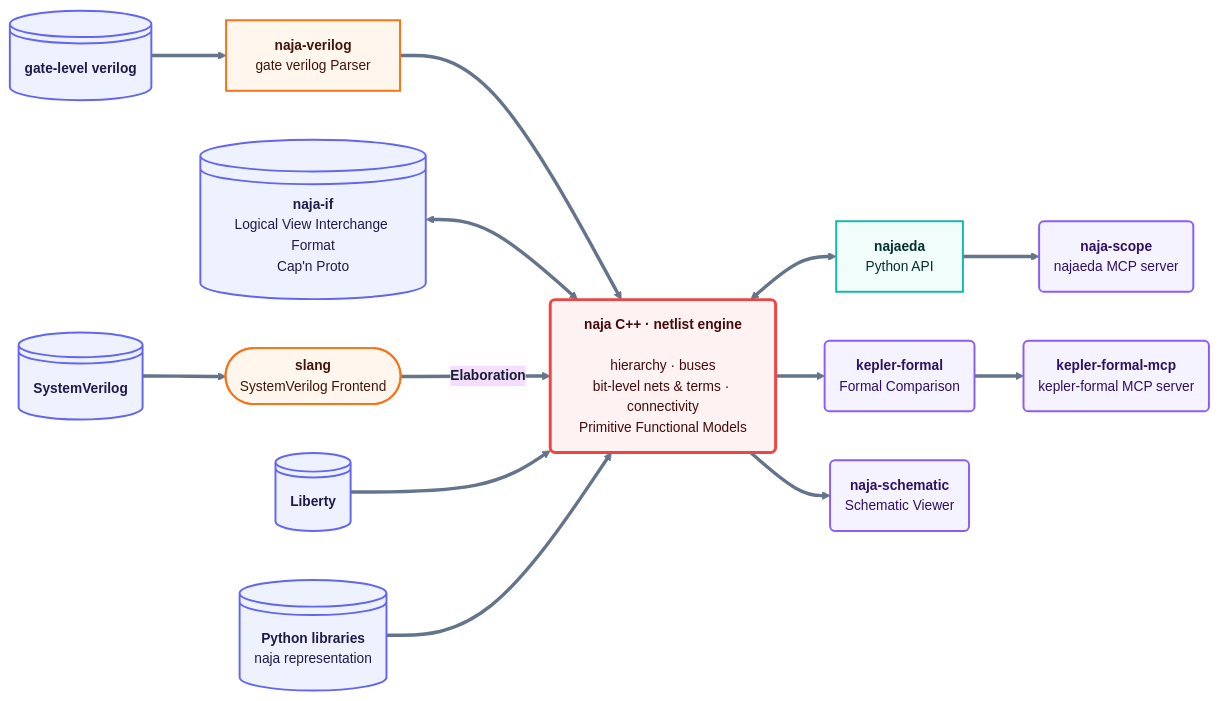
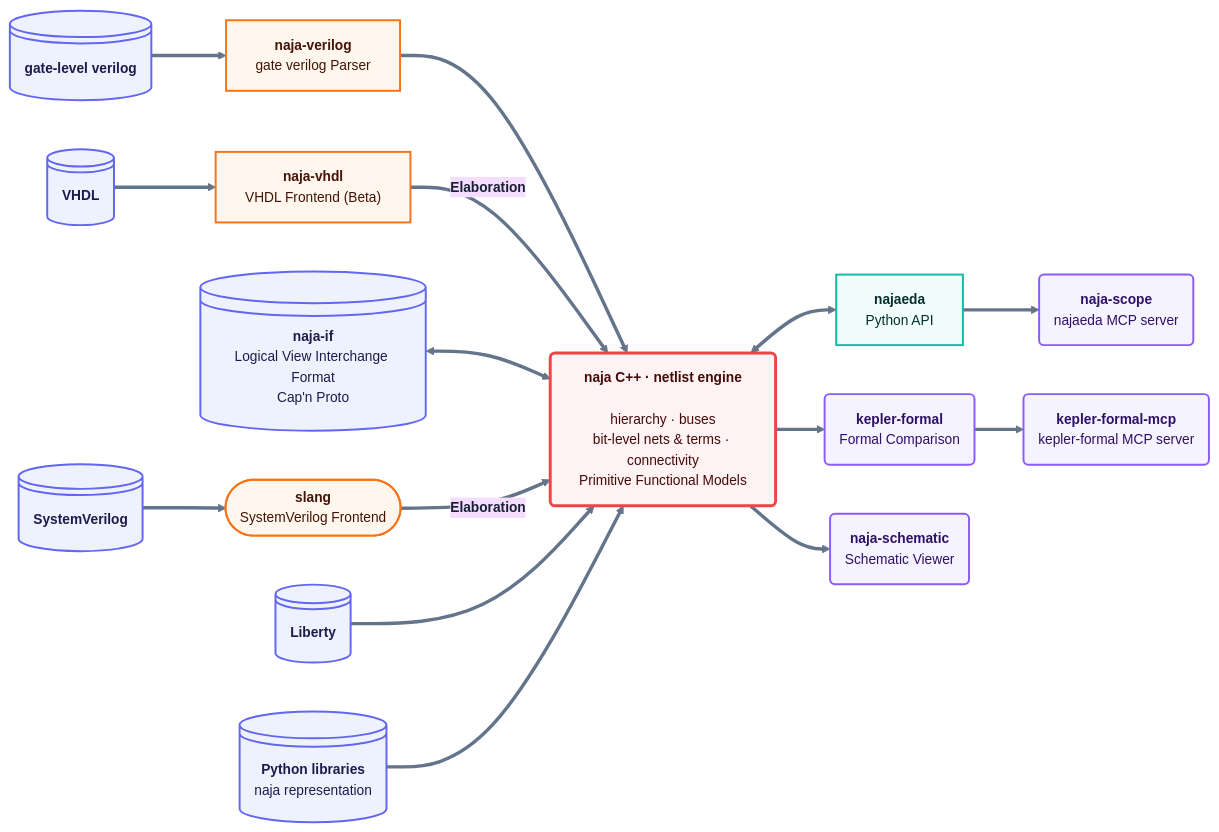
Before and after one commit to najaeda/naja: the diagram in README.md, drawn with Mermaid. The commit also changed other lines of this file and 22 other files, not shown here.

````diff
--- a/README.md
+++ b/README.md
@@ -45,61 +47,66 @@
 ```mermaid
 ---
 config:
   layout: dagre
   theme: base
   themeVariables:
     fontFamily: ''
     fontSize: 14px
     primaryTextColor: '#172033'
     lineColor: '#64748b'
     clusterBkg: '#f8fafc'
     clusterBorder: '#cbd5e1'
 ---
 flowchart LR
     sv["`**SystemVerilog**`"] ==> slang(["`**slang**<br>SystemVerilog Frontend`"])
+    vhdl["`**VHDL**`"] ==> naja-vhdl["`**naja-vhdl**<br> VHDL Frontend (Beta)`"]
     verilog["`**gate-level verilog**`"] ==> naja-verilog["`**naja-verilog**<br>gate verilog Parser`"]
     naja-verilog ==> naja["`**naja C++ · netlist engine**<br><br>hierarchy · buses<br>bit-level nets &amp; terms · connectivity<br>Primitive Functional Models`"]
+    naja-vhdl =="`**Elaboration**`"==> naja
     najaif@{ label: "**naja-if**<br>Logical View Interchange Format<br>Cap'n Proto" } <==> naja
     slang =="`**Elaboration**`"==> naja
     naja <==> najaeda["`**najaeda**<br>Python API`"]
     naja ==> kf("`**kepler-formal**<br>Formal Comparison`") & ns("`**naja-schematic**<br>Schematic Viewer`")
     najaeda ==> scope("`**naja-scope**<br>najaeda MCP server`")
     kf ==> kfm("`**kepler-formal-mcp**<br>kepler-formal MCP server`")
     lib["`**Liberty**`"] ==> naja
     pythonlibs["`**Python libraries**<br>naja representation`"] ==> naja
 
     sv@{ shape: disk}
+    vhdl@{ shape: disk}
     verilog@{ shape: disk}
     naja@{ shape: rounded}
     najaif@{ shape: disk}
     lib@{ shape: disk}
     pythonlibs@{ shape: disk}
-     sv:::input
-     slang:::frontend
-     naja-verilog:::frontend
-     verilog:::input
-     naja:::core
-     najaif:::input
-     najaeda:::api
-     kf:::tool
-     kfm:::tool
-     ns:::tool
-     scope:::tool
-     lib:::input
-     pythonlibs:::input
+    sv:::input
+    vhdl:::input
+    slang:::frontend
+    naja-verilog:::frontend
+    naja-vhdl:::frontend
+    verilog:::input
+    naja:::core
+    najaif:::input
+    najaeda:::api
+    kf:::tool
+    kfm:::tool
+    ns:::tool
+    scope:::tool
+    lib:::input
+    pythonlibs:::input
     classDef input fill:#eef2ff,stroke:#6366f1,color:#1e1b4b,stroke-width:2px
     classDef frontend fill:#fff7ed,stroke:#f97316,color:#431407,stroke-width:2px
     classDef core fill:#fef2f2,stroke:#ef4444,color:#450a0a,stroke-width:3px
     classDef api fill:#f0fdfa,stroke:#14b8a6,color:#042f2e,stroke-width:2px
     classDef tool fill:#f5f3ff,stroke:#8b5cf6,color:#2e1065,stroke-width:2px
     click slang "https://github.com/MikePopoloski/slang"
     click naja-verilog "https://github.com/najaeda/naja-verilog"
     click naja "https://github.com/najaeda/naja"
     click najaif "https://github.com/najaeda/naja-if"
     click najaeda "https://pypi.org/project/najaeda/"
     click kf "https://github.com/keplertech/kepler-formal"
     click kfm "https://github.com/keplertech/kepler-formal-mcp"
     click ns "https://github.com/najaeda/naja-schematic"
     click scope "https://github.com/najaeda/naja-scope"
 
 ```
````
